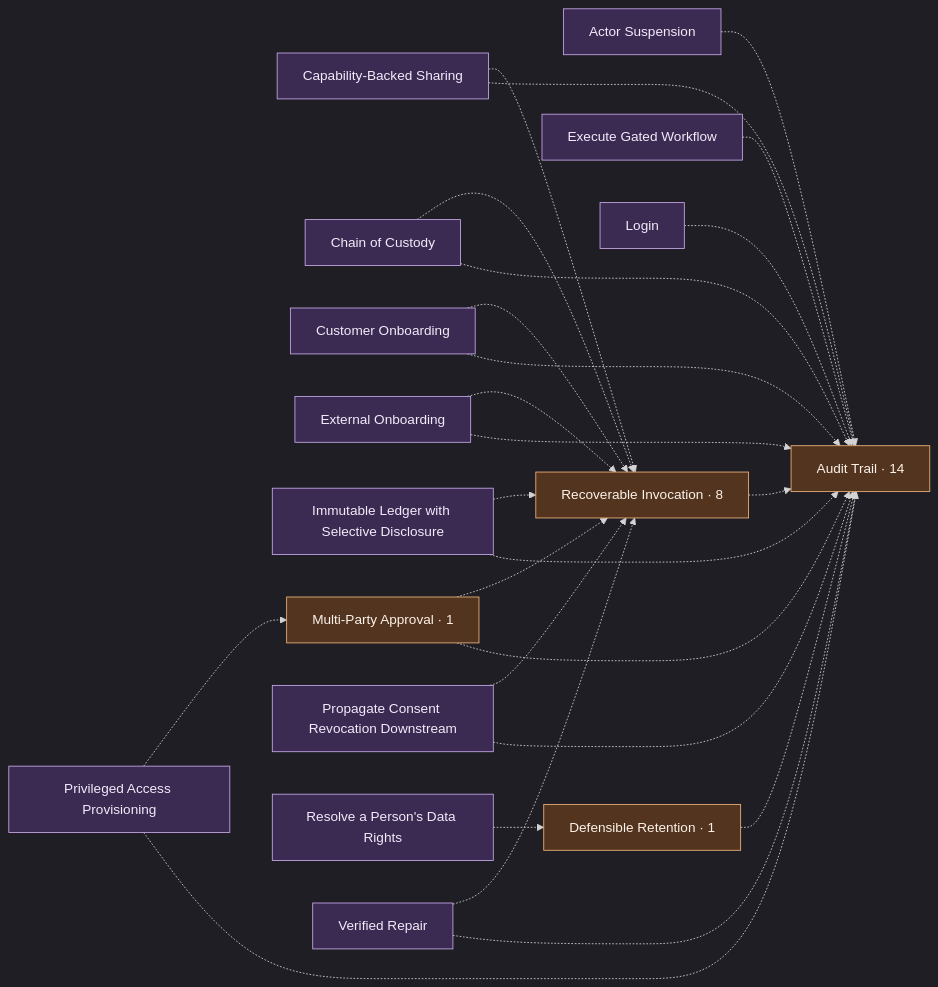
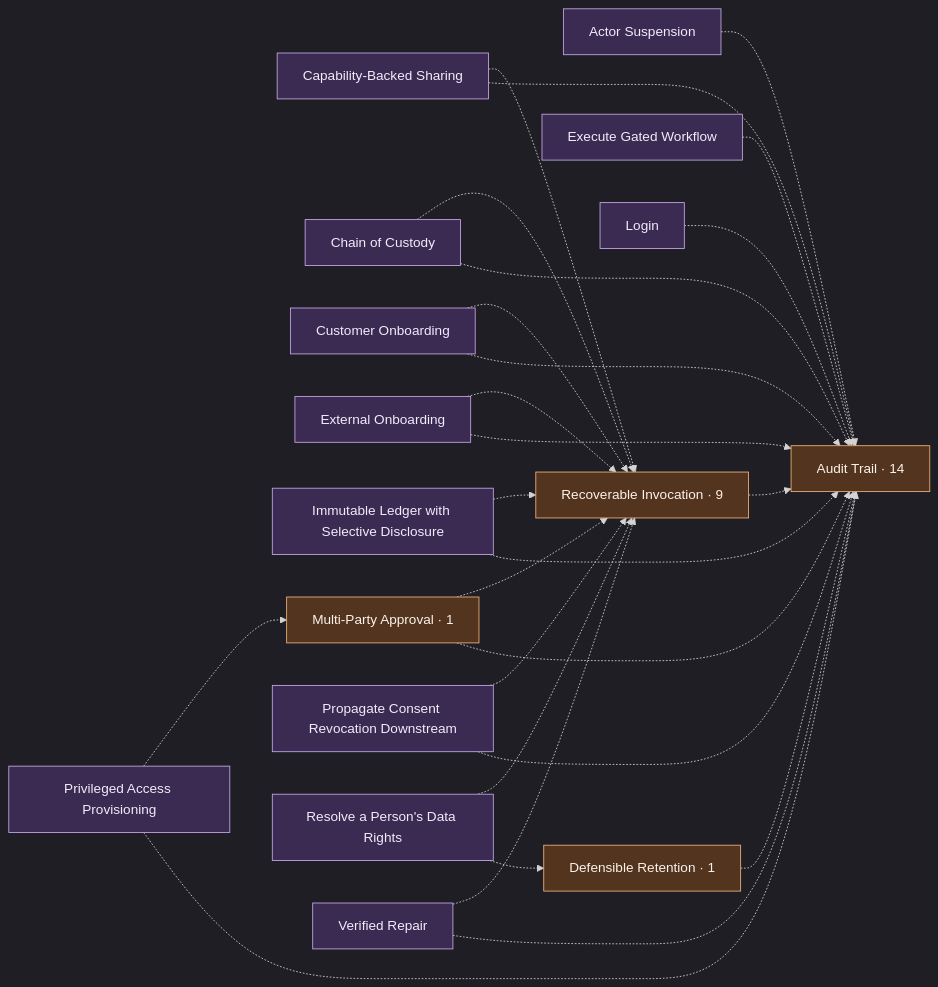
Before and after one commit to scottromack/grace-commons: the first of 2 diagrams in graph.md, drawn with Mermaid. The commit also changed other lines of this file and 72 other files, not shown here.

````diff
--- a/graph.md
+++ b/graph.md
@@ -92,48 +92,49 @@
 ```mermaid
 %%{init: {"theme": "dark", "flowchart": {"htmlLabels": true}} }%%
 flowchart LR
   actor_suspension["Actor Suspension"]
   audit_trail["Audit Trail · 14"]
   capability_backed_sharing["Capability-Backed Sharing"]
   chain_of_custody["Chain of Custody"]
   customer_onboarding["Customer Onboarding"]
   defensible_retention["Defensible Retention · 1"]
   execute_gated_workflow["Execute Gated Workflow"]
   external_onboarding["External Onboarding"]
   immutable_ledger["Immutable Ledger with Selective Disclosure"]
   login["Login"]
   multi_party_approval["Multi-Party Approval · 1"]
   privileged_access_provisioning["Privileged Access Provisioning"]
   propagate_consent_revocation_downstream["Propagate Consent Revocation Downstream"]
-  recoverable_invocation["Recoverable Invocation · 8"]
+  recoverable_invocation["Recoverable Invocation · 9"]
   resolve_a_persons_data_rights["Resolve a Person's Data Rights"]
   verified_repair["Verified Repair"]
   actor_suspension -.-> audit_trail
   capability_backed_sharing -.-> audit_trail
   capability_backed_sharing -.-> recoverable_invocation
   chain_of_custody -.-> audit_trail
   chain_of_custody -.-> recoverable_invocation
   customer_onboarding -.-> audit_trail
   customer_onboarding -.-> recoverable_invocation
   defensible_retention -.-> audit_trail
   execute_gated_workflow -.-> audit_trail
   external_onboarding -.-> audit_trail
   external_onboarding -.-> recoverable_invocation
   immutable_ledger -.-> audit_trail
   immutable_ledger -.-> recoverable_invocation
   login -.-> audit_trail
   multi_party_approval -.-> audit_trail
   multi_party_approval -.-> recoverable_invocation
   privileged_access_provisioning -.-> audit_trail
   privileged_access_provisioning -.-> multi_party_approval
   propagate_consent_revocation_downstream -.-> audit_trail
   propagate_consent_revocation_downstream -.-> recoverable_invocation
   recoverable_invocation -.-> audit_trail
   resolve_a_persons_data_rights -.-> defensible_retention
+  resolve_a_persons_data_rights -.-> recoverable_invocation
   verified_repair -.-> audit_trail
   verified_repair -.-> recoverable_invocation
   classDef comp fill:#3b2a52,stroke:#c7a8e8,color:#f2ebfa;
   classDef spine fill:#52341f,stroke:#f0b27a,color:#fdf2e9;
   class actor_suspension,audit_trail,capability_backed_sharing,chain_of_custody,customer_onboarding,defensible_retention,execute_gated_workflow,external_onboarding,immutable_ledger,login,multi_party_approval,privileged_access_provisioning,propagate_consent_revocation_downstream,recoverable_invocation,resolve_a_persons_data_rights,verified_repair comp;
   class audit_trail,defensible_retention,multi_party_approval,recoverable_invocation spine;
 ```
````
